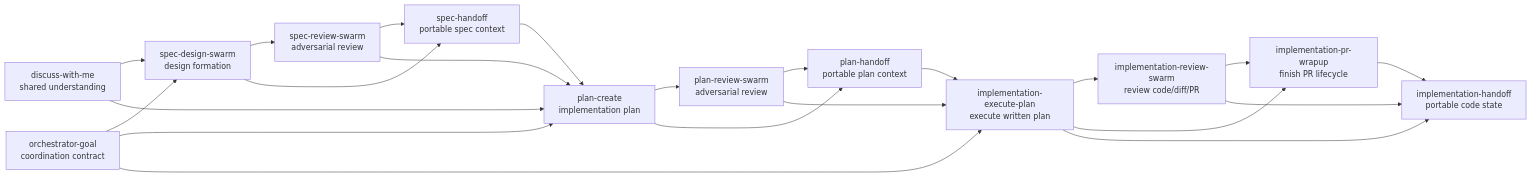
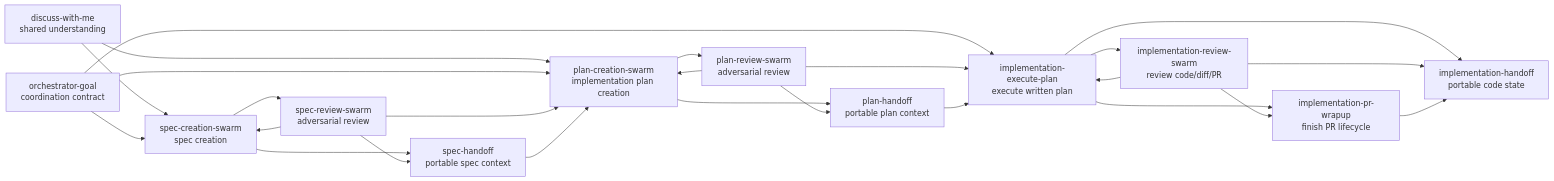
The diagram in plugins/shravan-dev-workflow/README.md (ShravanSunder/ai-tools), drawn with Mermaid before and after one commit. The commit also changed other lines of this file and 49 other files, not shown here.

````diff
--- a/plugins/shravan-dev-workflow/README.md
+++ b/plugins/shravan-dev-workflow/README.md
@@ -57,43 +57,46 @@
 ```mermaid
 flowchart LR
     discuss["discuss-with-me<br/>shared understanding"]
     goal["orchestrator-goal<br/>coordination contract"]
 
-    specDesign["spec-design-swarm<br/>design formation"]
+    specDesign["spec-creation-swarm<br/>spec creation"]
     specReview["spec-review-swarm<br/>adversarial review"]
     specHandoff["spec-handoff<br/>portable spec context"]
 
-    planCreate["plan-create<br/>implementation plan"]
+    planCreate["plan-creation-swarm<br/>implementation plan creation"]
     planReview["plan-review-swarm<br/>adversarial review"]
     planHandoff["plan-handoff<br/>portable plan context"]
 
     implExecute["implementation-execute-plan<br/>execute written plan"]
     implReview["implementation-review-swarm<br/>review code/diff/PR"]
     implWrap["implementation-pr-wrapup<br/>finish PR lifecycle"]
     implHandoff["implementation-handoff<br/>portable code state"]
 
     discuss --> specDesign
     discuss --> planCreate
     goal --> specDesign
     goal --> planCreate
     goal --> implExecute
 
     specDesign --> specReview
     specDesign --> specHandoff
     specReview --> specHandoff
+    specReview --> specDesign
     specReview --> planCreate
     specHandoff --> planCreate
 
     planCreate --> planReview
     planCreate --> planHandoff
+    planReview --> planCreate
     planReview --> planHandoff
     planReview --> implExecute
     planHandoff --> implExecute
 
     implExecute --> implReview
     implExecute --> implWrap
+    implReview --> implExecute
     implReview --> implWrap
     implExecute --> implHandoff
     implReview --> implHandoff
     implWrap --> implHandoff
 ```
````
